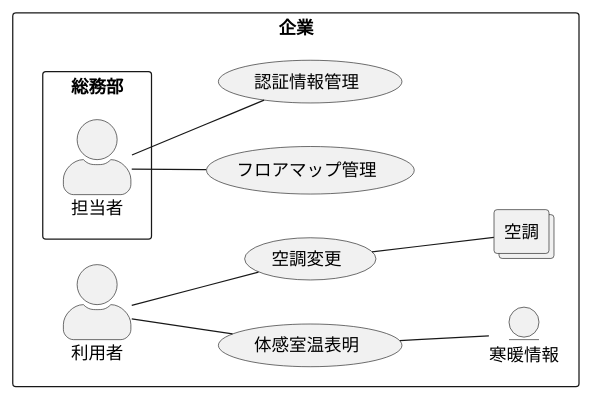
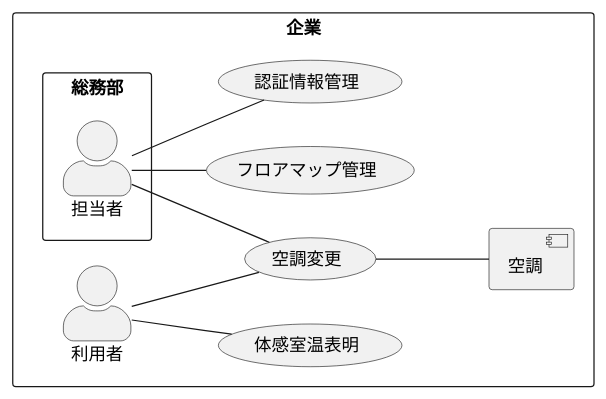
Before and after one commit to kkismd/document-template: the diagram in business-context.puml, drawn with PlantUML. The commit also changed 10 other files, not shown here.

```diff
--- a/business-context.puml
+++ b/business-context.puml
@@ -1,28 +1,27 @@
 @startuml
 left to right direction
 skinparam actorStyle awesome
 
 rectangle 企業 {
   actor 利用者
   usecase  体感室温表明
-  entity 寒暖情報
 
   rectangle 総務部 {
     actor 担当者
   }
   usecase フロアマップ管理
   usecase 認証情報管理
 
-  collections 空調
+  component 空調
   usecase 空調変更
 }
 
 利用者 -- 体感室温表明
-体感室温表明 -- 寒暖情報
 担当者 -- フロアマップ管理
 担当者 -- 認証情報管理
 
+担当者 -- 空調変更
 利用者 -- 空調変更
 空調変更 -- 空調
 
 @enduml
```
